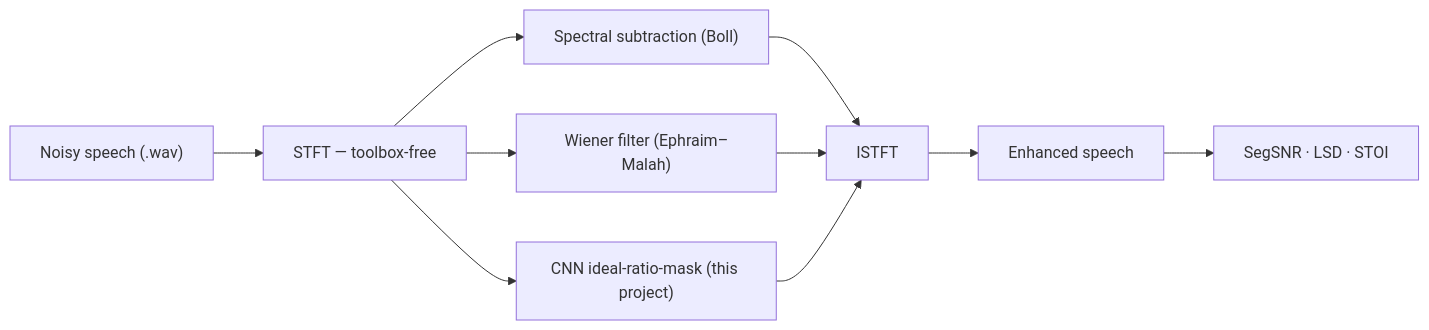
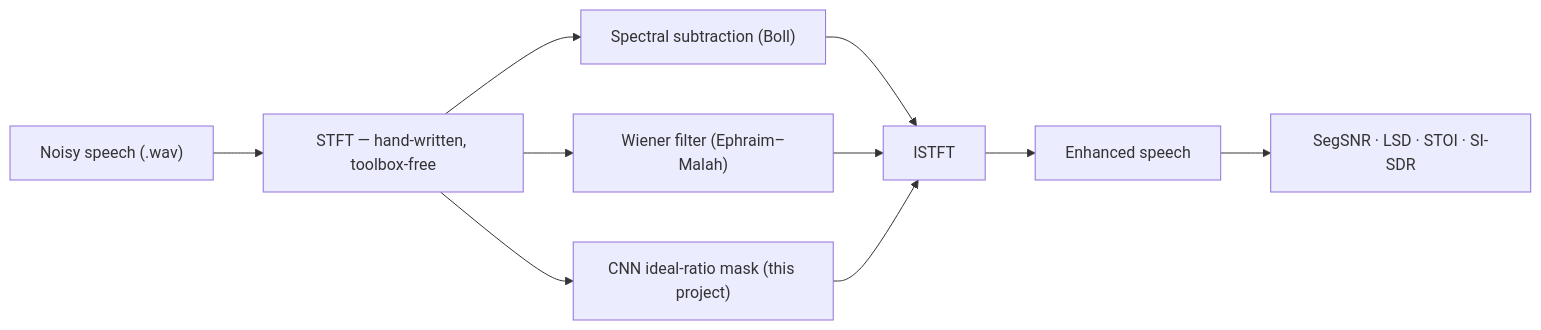
One commit to Karanchhunchha/Speech-Background-Noise-Suppression-with-Deep-Learning changed the diagram in README.md. Above: the diagram before and after it, drawn with Mermaid. The commit also changed other lines of this file, not shown here.

Commit message:
README rewrite: professional structure, generated results table with markers, verified literature links, toolbox/doc links, honest limitations

````diff
--- a/README.md
+++ b/README.md
@@ -160,12 +97,12 @@
 ```mermaid
 flowchart LR
-    A["Noisy speech (.wav)"] --> B["STFT — toolbox-free"]
+    A["Noisy speech (.wav)"] --> B["STFT — hand-written, toolbox-free"]
     B --> C["Spectral subtraction (Boll)"]
     B --> D["Wiener filter (Ephraim–Malah)"]
-    B --> E["CNN ideal-ratio-mask (this project)"]
+    B --> E["CNN ideal-ratio mask (this project)"]
     C --> F["ISTFT"]
     D --> F
     E --> F
     F --> G["Enhanced speech"]
-    G --> H["SegSNR · LSD · STOI"]
+    G --> H["SegSNR · LSD · STOI · SI-SDR"]
 ```
````
